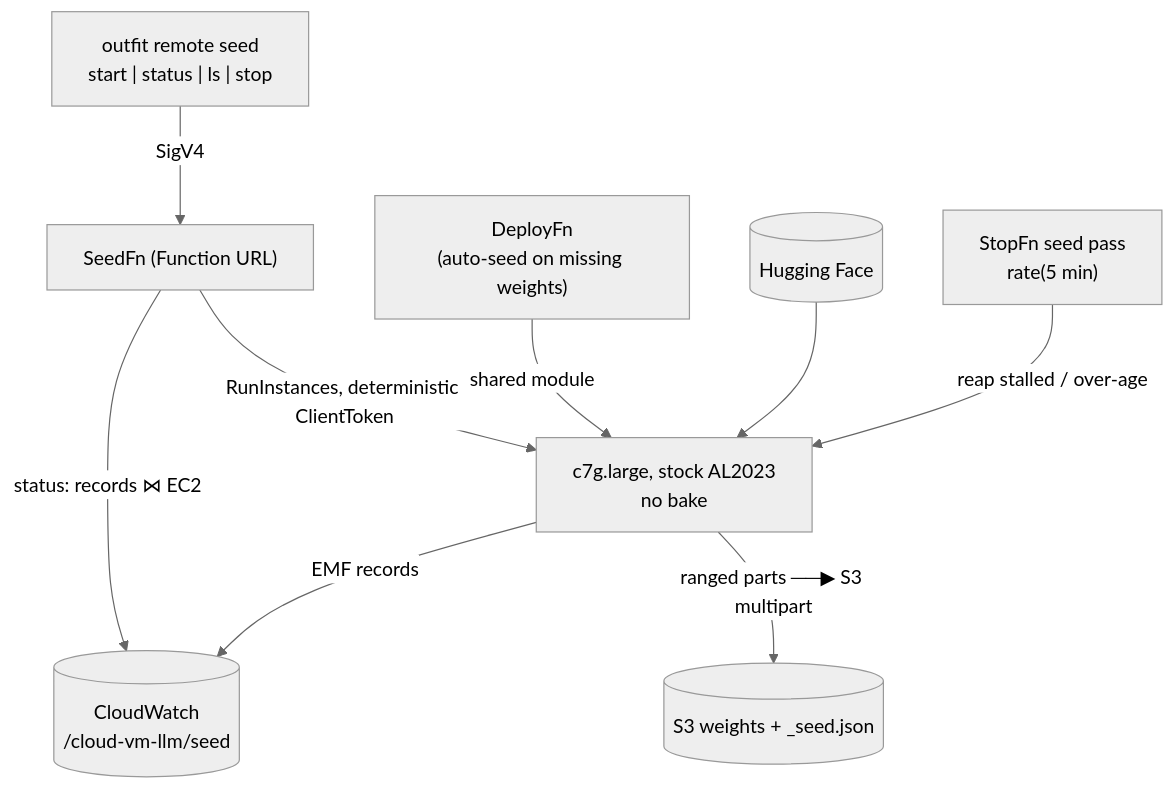
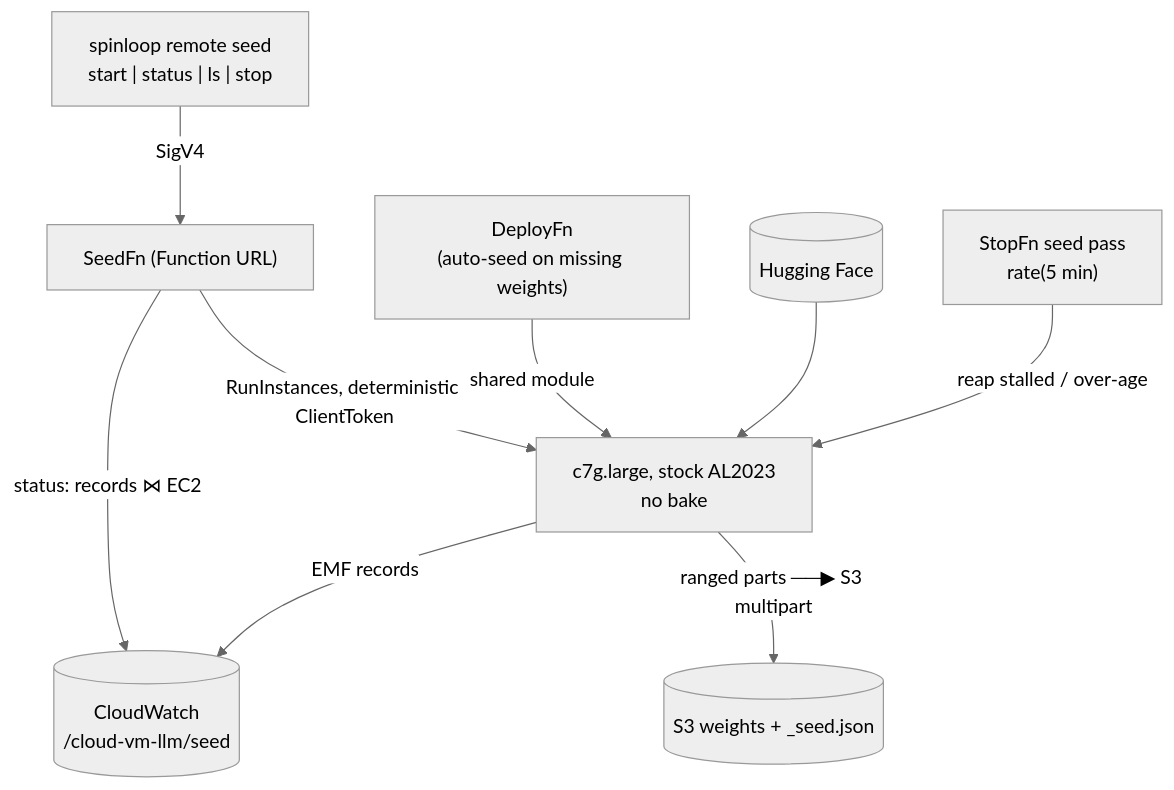
The third of 5 diagrams in remote/docs/architecture.md (spinloop-ai/spinloop), drawn with Mermaid (neutral theme) before and after one commit. The commit also changed other lines of this file and 649 other files, not shown here.

````diff
--- a/remote/docs/architecture.md
+++ b/remote/docs/architecture.md
@@ -122,20 +122,20 @@
 ```mermaid
 flowchart TB
-  cli["outfit remote seed<br/>start | status | ls | stop"]
+  cli["spinloop remote seed<br/>start | status | ls | stop"]
   seedfn["SeedFn (Function URL)"]
   deployfn["DeployFn<br/>(auto-seed on missing weights)"]
   inst["c7g.large, stock AL2023<br/>no bake"]
   hf[("Hugging Face")]
   s3[("S3 weights + _seed.json")]
   cw[("CloudWatch<br/>/cloud-vm-llm/seed")]
   sweep["StopFn seed pass<br/>rate(5 min)"]
 
   cli -->|SigV4| seedfn
   deployfn -->|shared module| inst
   seedfn -->|RunInstances, deterministic ClientToken| inst
   inst -->|ranged parts ──▶ S3 multipart| s3
   hf --> inst
   inst -->|EMF records| cw
   seedfn -->|status: records ⋈ EC2| cw
   sweep -->|reap stalled / over-age| inst
 ```
````
